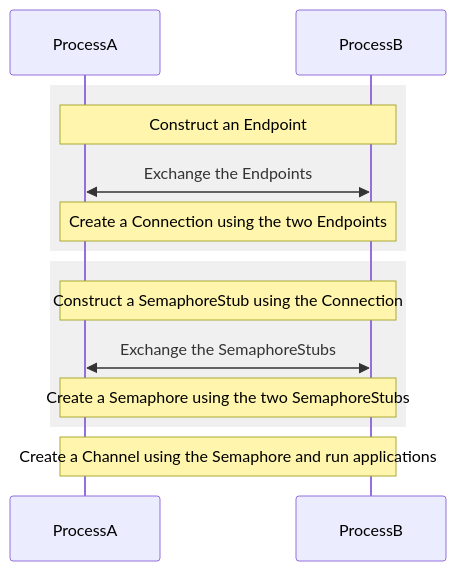
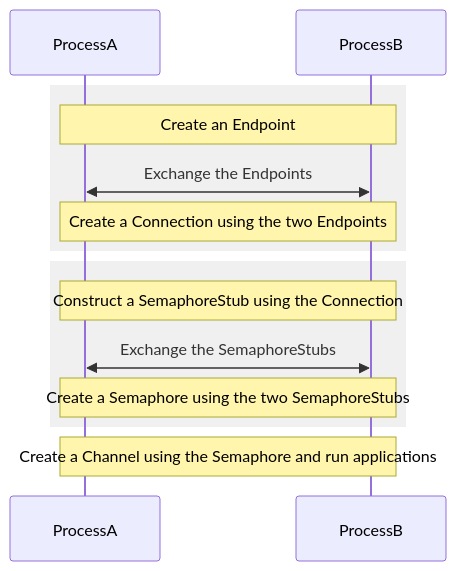
One commit to microsoft/mscclpp changed the diagram in docs/tutorials/01-basic-concepts.md. Above: the diagram before and after it, drawn with Mermaid. The commit also changed other lines of this file and 3 other files, not shown here.

````diff
--- a/docs/tutorials/01-basic-concepts.md
+++ b/docs/tutorials/01-basic-concepts.md
@@ -37,23 +37,23 @@
 ```{mermaid}
 sequenceDiagram
     participant ProcessA
     participant ProcessB
 
     rect rgb(240, 240, 240)
-        Note over ProcessA, ProcessB: Construct an Endpoint
+        Note over ProcessA, ProcessB: Create an Endpoint
 
         ProcessA<<->>ProcessB: Exchange the Endpoints
 
         Note over ProcessA, ProcessB: Create a Connection using the two Endpoints
     end
 
     rect rgb(240, 240, 240)
         Note over ProcessA, ProcessB: Construct a SemaphoreStub using the Connection
 
         ProcessA<<->>ProcessB: Exchange the SemaphoreStubs
 
         Note over ProcessA, ProcessB: Create a Semaphore using the two SemaphoreStubs
     end
 
     Note over ProcessA, ProcessB: Create a Channel using the Semaphore and run applications
 ```
````
